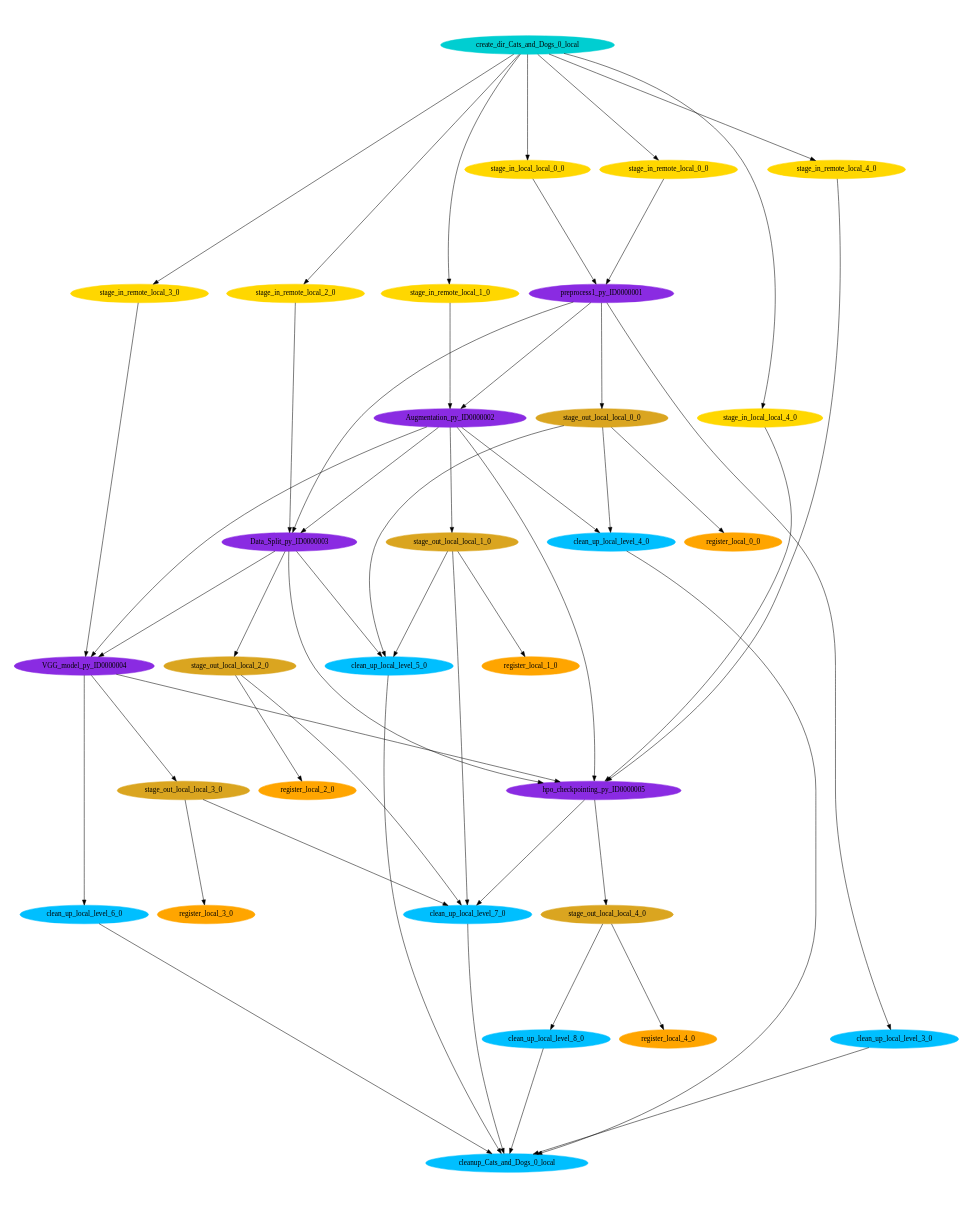
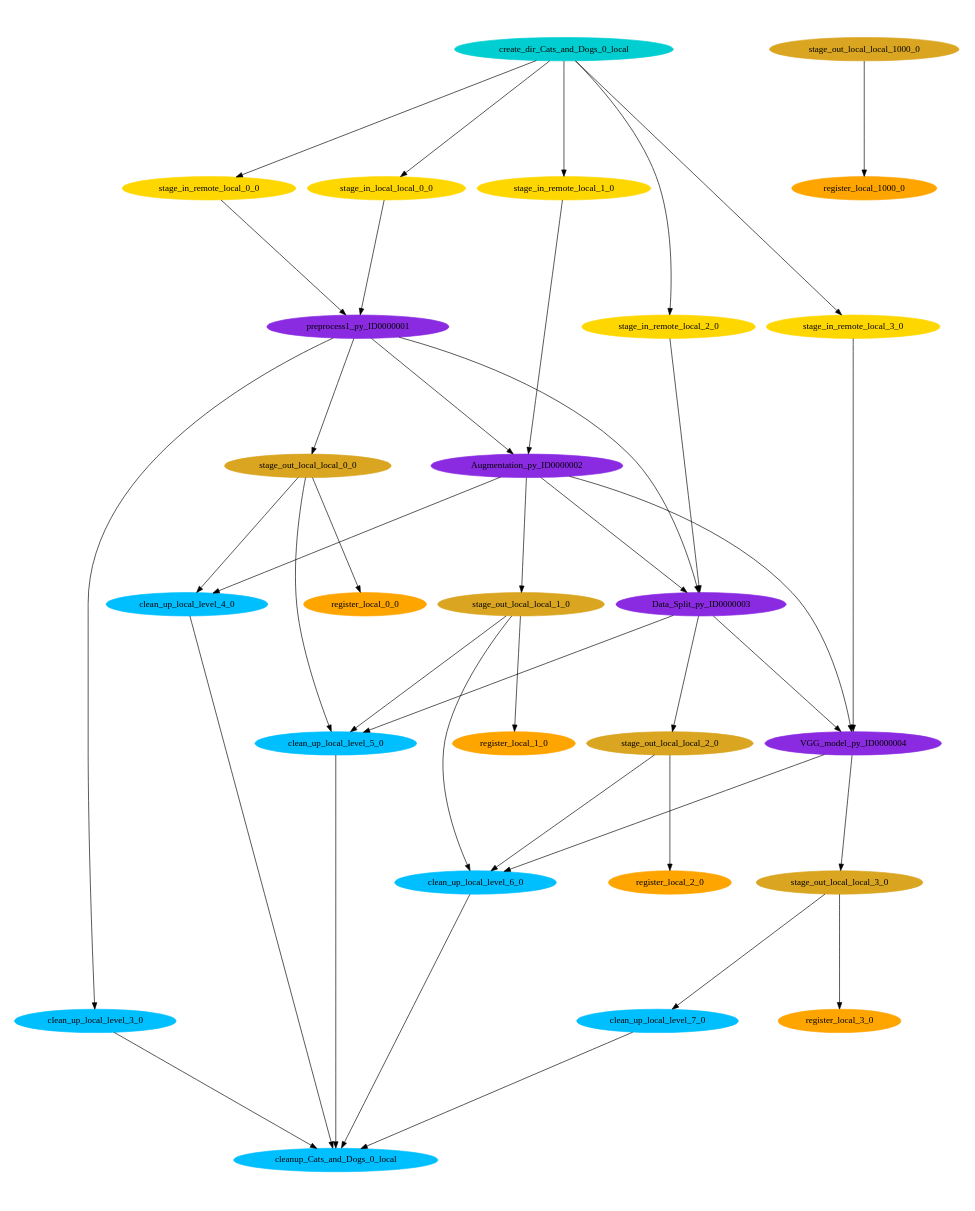
The diagram in shared-data/CatsAndDogs/scitech/pegasus/Cats_and_Dogs/run0015/Cats_and_Dogs-0.dot (ssrujanaa/Scientific-Workflows), drawn with Graphviz before and after one commit. The commit also changed 6782 other files, not shown here.

```diff
--- a/shared-data/CatsAndDogs/scitech/pegasus/Cats_and_Dogs/run0015/Cats_and_Dogs-0.dot
+++ b/shared-data/CatsAndDogs/scitech/pegasus/Cats_and_Dogs/run0015/Cats_and_Dogs-0.dot
@@ -1,87 +1,72 @@
 digraph E {
 size="8.0,10.0"
 ratio=fill
 node [shape=ellipse]
 edge [arrowhead=normal, arrowsize=1.0]
 	"stage_in_remote_local_2_0" [color=gold,style=filled,label="stage_in_remote_local_2_0"]
 	"cleanup_Cats_and_Dogs_0_local" [color=deepskyblue,style=filled,label="cleanup_Cats_and_Dogs_0_local"]
 	"stage_in_remote_local_1_0" [color=gold,style=filled,label="stage_in_remote_local_1_0"]
 	"stage_in_remote_local_0_0" [color=gold,style=filled,label="stage_in_remote_local_0_0"]
 	"clean_up_local_level_3_0" [color=deepskyblue,style=filled,label="clean_up_local_level_3_0"]
 	"preprocess1_py_ID0000001" [color=blueviolet,style=filled,label="preprocess1_py_ID0000001"]
-	"stage_in_local_local_4_0" [color=gold,style=filled,label="stage_in_local_local_4_0"]
 	"clean_up_local_level_4_0" [color=deepskyblue,style=filled,label="clean_up_local_level_4_0"]
 	"clean_up_local_level_5_0" [color=deepskyblue,style=filled,label="clean_up_local_level_5_0"]
 	"clean_up_local_level_6_0" [color=deepskyblue,style=filled,label="clean_up_local_level_6_0"]
 	"clean_up_local_level_7_0" [color=deepskyblue,style=filled,label="clean_up_local_level_7_0"]
 	"stage_in_local_local_0_0" [color=gold,style=filled,label="stage_in_local_local_0_0"]
-	"clean_up_local_level_8_0" [color=deepskyblue,style=filled,label="clean_up_local_level_8_0"]
 	"Data_Split_py_ID0000003" [color=blueviolet,style=filled,label="Data_Split_py_ID0000003"]
-	"hpo_checkpointing_py_ID0000005" [color=blueviolet,style=filled,label="hpo_checkpointing_py_ID0000005"]
-	"stage_in_remote_local_4_0" [color=gold,style=filled,label="stage_in_remote_local_4_0"]
 	"stage_in_remote_local_3_0" [color=gold,style=filled,label="stage_in_remote_local_3_0"]
-	"stage_out_local_local_4_0" [color=goldenrod,style=filled,label="stage_out_local_local_4_0"]
+	"stage_out_local_local_1000_0" [color=goldenrod,style=filled,label="stage_out_local_local_1000_0"]
 	"stage_out_local_local_3_0" [color=goldenrod,style=filled,label="stage_out_local_local_3_0"]
 	"stage_out_local_local_2_0" [color=goldenrod,style=filled,label="stage_out_local_local_2_0"]
 	"stage_out_local_local_1_0" [color=goldenrod,style=filled,label="stage_out_local_local_1_0"]
 	"VGG_model_py_ID0000004" [color=blueviolet,style=filled,label="VGG_model_py_ID0000004"]
 	"stage_out_local_local_0_0" [color=goldenrod,style=filled,label="stage_out_local_local_0_0"]
+	"register_local_1000_0" [color=orange,style=filled,label="register_local_1000_0"]
 	"Augmentation_py_ID0000002" [color=blueviolet,style=filled,label="Augmentation_py_ID0000002"]
 	"create_dir_Cats_and_Dogs_0_local" [color=darkturquoise,style=filled,label="create_dir_Cats_and_Dogs_0_local"]
-	"register_local_4_0" [color=orange,style=filled,label="register_local_4_0"]
 	"register_local_3_0" [color=orange,style=filled,label="register_local_3_0"]
 	"register_local_2_0" [color=orange,style=filled,label="register_local_2_0"]
 	"register_local_1_0" [color=orange,style=filled,label="register_local_1_0"]
 	"register_local_0_0" [color=orange,style=filled,label="register_local_0_0"]
 
 	"stage_in_remote_local_2_0" -> "Data_Split_py_ID0000003"
 	"stage_in_remote_local_1_0" -> "Augmentation_py_ID0000002"
 	"stage_in_remote_local_0_0" -> "preprocess1_py_ID0000001"
 	"clean_up_local_level_3_0" -> "cleanup_Cats_and_Dogs_0_local"
 	"preprocess1_py_ID0000001" -> "Augmentation_py_ID0000002"
 	"preprocess1_py_ID0000001" -> "Data_Split_py_ID0000003"
 	"preprocess1_py_ID0000001" -> "clean_up_local_level_3_0"
 	"preprocess1_py_ID0000001" -> "stage_out_local_local_0_0"
-	"stage_in_local_local_4_0" -> "hpo_checkpointing_py_ID0000005"
 	"clean_up_local_level_4_0" -> "cleanup_Cats_and_Dogs_0_local"
 	"clean_up_local_level_5_0" -> "cleanup_Cats_and_Dogs_0_local"
 	"clean_up_local_level_6_0" -> "cleanup_Cats_and_Dogs_0_local"
 	"clean_up_local_level_7_0" -> "cleanup_Cats_and_Dogs_0_local"
 	"stage_in_local_local_0_0" -> "preprocess1_py_ID0000001"
-	"clean_up_local_level_8_0" -> "cleanup_Cats_and_Dogs_0_local"
 	"Data_Split_py_ID0000003" -> "stage_out_local_local_2_0"
 	"Data_Split_py_ID0000003" -> "VGG_model_py_ID0000004"
-	"Data_Split_py_ID0000003" -> "hpo_checkpointing_py_ID0000005"
 	"Data_Split_py_ID0000003" -> "clean_up_local_level_5_0"
-	"hpo_checkpointing_py_ID0000005" -> "stage_out_local_local_4_0"
-	"hpo_checkpointing_py_ID0000005" -> "clean_up_local_level_7_0"
-	"stage_in_remote_local_4_0" -> "hpo_checkpointing_py_ID0000005"
 	"stage_in_remote_local_3_0" -> "VGG_model_py_ID0000004"
-	"stage_out_local_local_4_0" -> "register_local_4_0"
-	"stage_out_local_local_4_0" -> "clean_up_local_level_8_0"
+	"stage_out_local_local_1000_0" -> "register_local_1000_0"
 	"stage_out_local_local_3_0" -> "register_local_3_0"
 	"stage_out_local_local_3_0" -> "clean_up_local_level_7_0"
 	"stage_out_local_local_2_0" -> "register_local_2_0"
-	"stage_out_local_local_2_0" -> "clean_up_local_level_7_0"
+	"stage_out_local_local_2_0" -> "clean_up_local_level_6_0"
 	"stage_out_local_local_1_0" -> "register_local_1_0"
 	"stage_out_local_local_1_0" -> "clean_up_local_level_5_0"
-	"stage_out_local_local_1_0" -> "clean_up_local_level_7_0"
+	"stage_out_local_local_1_0" -> "clean_up_local_level_6_0"
 	"VGG_model_py_ID0000004" -> "stage_out_local_local_3_0"
-	"VGG_model_py_ID0000004" -> "hpo_checkpointing_py_ID0000005"
 	"VGG_model_py_ID0000004" -> "clean_up_local_level_6_0"
 	"stage_out_local_local_0_0" -> "register_local_0_0"
 	"stage_out_local_local_0_0" -> "clean_up_local_level_4_0"
 	"stage_out_local_local_0_0" -> "clean_up_local_level_5_0"
 	"Augmentation_py_ID0000002" -> "Data_Split_py_ID0000003"
 	"Augmentation_py_ID0000002" -> "stage_out_local_local_1_0"
 	"Augmentation_py_ID0000002" -> "VGG_model_py_ID0000004"
 	"Augmentation_py_ID0000002" -> "clean_up_local_level_4_0"
-	"Augmentation_py_ID0000002" -> "hpo_checkpointing_py_ID0000005"
 	"create_dir_Cats_and_Dogs_0_local" -> "stage_in_remote_local_2_0"
 	"create_dir_Cats_and_Dogs_0_local" -> "stage_in_remote_local_1_0"
 	"create_dir_Cats_and_Dogs_0_local" -> "stage_in_remote_local_0_0"
-	"create_dir_Cats_and_Dogs_0_local" -> "stage_in_local_local_4_0"
 	"create_dir_Cats_and_Dogs_0_local" -> "stage_in_local_local_0_0"
-	"create_dir_Cats_and_Dogs_0_local" -> "stage_in_remote_local_4_0"
 	"create_dir_Cats_and_Dogs_0_local" -> "stage_in_remote_local_3_0"
 }
```
